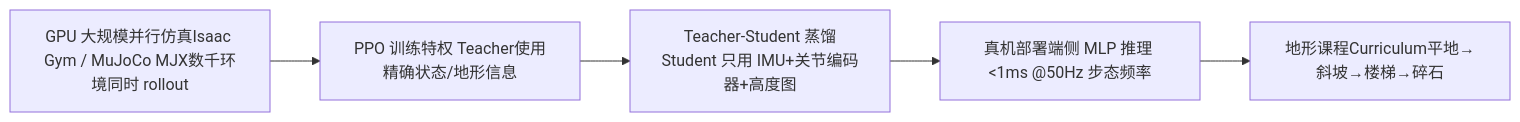
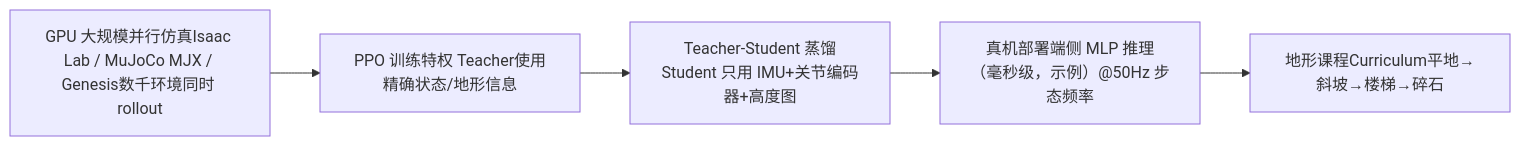
One commit to ranpin/edge-ai-docs changed the sixth of 8 diagrams in robot/general/algorithms.md. Above: the diagram before and after it, drawn with Mermaid. The commit also changed other lines of this file and 4 other files, not shown here.

````diff
--- a/robot/general/algorithms.md
+++ b/robot/general/algorithms.md
@@ -321,7 +394,7 @@
 ```mermaid
 graph LR
-    A["GPU 大规模并行仿真Isaac Gym / MuJoCo MJX数千环境同时 rollout"] --> B["PPO 训练特权 Teacher使用精确状态/地形信息"]
+    A["GPU 大规模并行仿真Isaac Lab / MuJoCo MJX / Genesis数千环境同时 rollout"] --> B["PPO 训练特权 Teacher使用精确状态/地形信息"]
     B --> C["Teacher-Student 蒸馏Student 只用 IMU+关节编码器+高度图"]
-    C --> D["真机部署端侧 MLP 推理 <1ms @50Hz 步态频率"]
+    C --> D["真机部署端侧 MLP 推理（毫秒级，示例）@50Hz 步态频率"]
     D --> E["地形课程Curriculum平地→斜坡→楼梯→碎石"]
 ```
````
